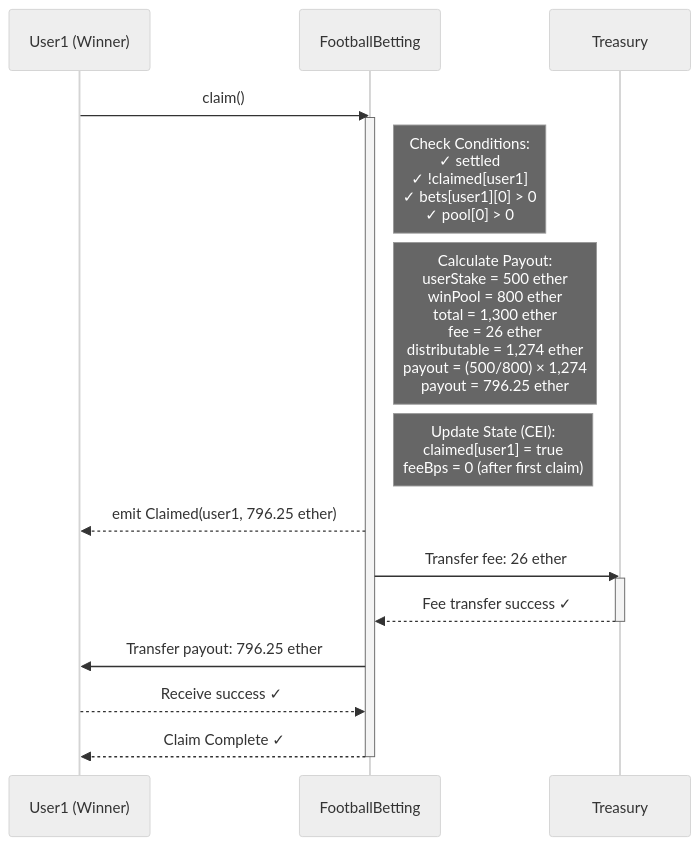
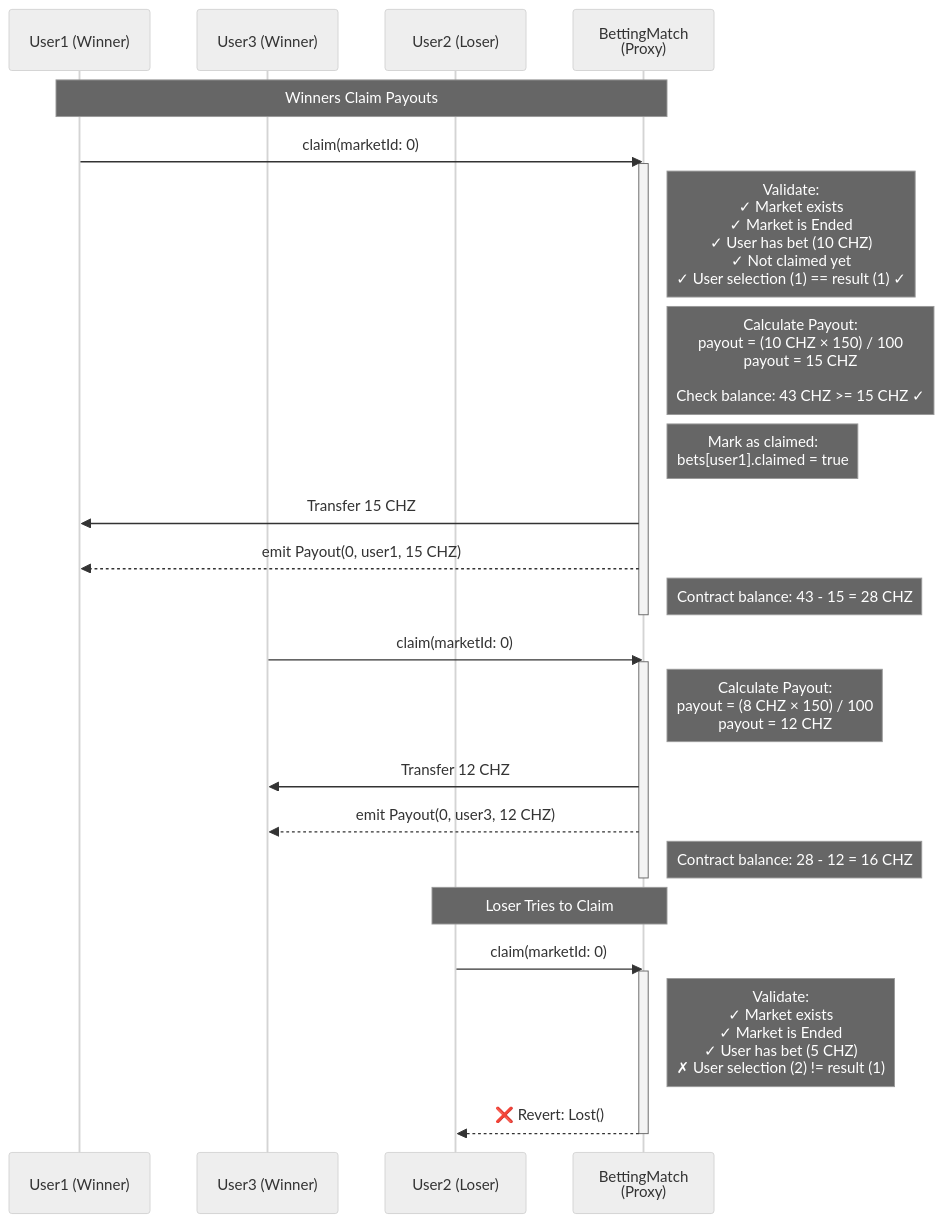
The fourth of 11 diagrams in SEQUENCE_DIAGRAM.md (ChilizTV/smart-contracts), drawn with Mermaid (neutral theme) before and after one commit. The commit also changed other lines of this file and 25 other files, not shown here.

````diff
--- a/SEQUENCE_DIAGRAM.md
+++ b/SEQUENCE_DIAGRAM.md
@@ -151,28 +143,43 @@
 ```mermaid
 sequenceDiagram
     participant User1 as User1 (Winner)
-    participant Contract as FootballBetting
-    participant Treasury as Treasury
+    participant User3 as User3 (Winner)
+    participant User2 as User2 (Loser)
+    participant Match as BettingMatch<br/>(Proxy)
 
-    User1->>Contract: claim()
-    activate Contract
+    Note over User1,Match: Winners Claim Payouts
+
+    User1->>Match: claim(marketId: 0)
+    activate Match
     
-    Note right of Contract: Check Conditions:<br/>✓ settled<br/>✓ !claimed[user1]<br/>✓ bets[user1][0] > 0<br/>✓ pool[0] > 0
+    Note right of Match: Validate:<br/>✓ Market exists<br/>✓ Market is Ended<br/>✓ User has bet (10 CHZ)<br/>✓ Not claimed yet<br/>✓ User selection (1) == result (1) ✓
     
-    Note right of Contract: Calculate Payout:<br/>userStake = 500 ether<br/>winPool = 800 ether<br/>total = 1,300 ether<br/>fee = 26 ether<br/>distributable = 1,274 ether<br/>payout = (500/800) × 1,274<br/>payout = 796.25 ether
+    Note right of Match: Calculate Payout:<br/>payout = (10 CHZ × 150) / 100<br/>payout = 15 CHZ<br/><br/>Check balance: 43 CHZ >= 15 CHZ ✓
     
-    Note right of Contract: Update State (CEI):<br/>claimed[user1] = true<br/>feeBps = 0 (after first claim)
+    Note right of Match: Mark as claimed:<br/>bets[user1].claimed = true
     
-    Contract-->>User1: emit Claimed(user1, 796.25 ether)
+    Match->>User1: Transfer 15 CHZ
+    Match-->>User1: emit Payout(0, user1, 15 CHZ)
+    Note right of Match: Contract balance: 43 - 15 = 28 CHZ
+    deactivate Match
     
-    Contract->>Treasury: Transfer fee: 26 ether
-    activate Treasury
-    Treasury-->>Contract: Fee transfer success ✓
-    deactivate Treasury
+    User3->>Match: claim(marketId: 0)
+    activate Match
     
-    Contract->>User1: Transfer payout: 796.25 ether
-    User1-->>Contract: Receive success ✓
+    Note right of Match: Calculate Payout:<br/>payout = (8 CHZ × 150) / 100<br/>payout = 12 CHZ
     
-    Contract-->>User1: Claim Complete ✓
-    deactivate Contract
+    Match->>User3: Transfer 12 CHZ
+    Match-->>User3: emit Payout(0, user3, 12 CHZ)
+    Note right of Match: Contract balance: 28 - 12 = 16 CHZ
+    deactivate Match
+    
+    Note over User2,Match: Loser Tries to Claim
+    
+    User2->>Match: claim(marketId: 0)
+    activate Match
+    
+    Note right of Match: Validate:<br/>✓ Market exists<br/>✓ Market is Ended<br/>✓ User has bet (5 CHZ)<br/>✗ User selection (2) != result (1)
+    
+    Match-->>User2: ❌ Revert: Lost()
+    deactivate Match
 ```
````
